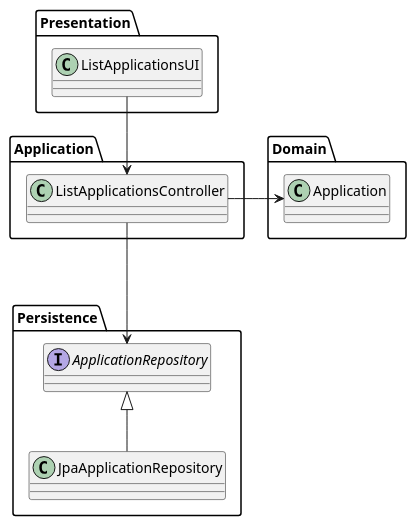
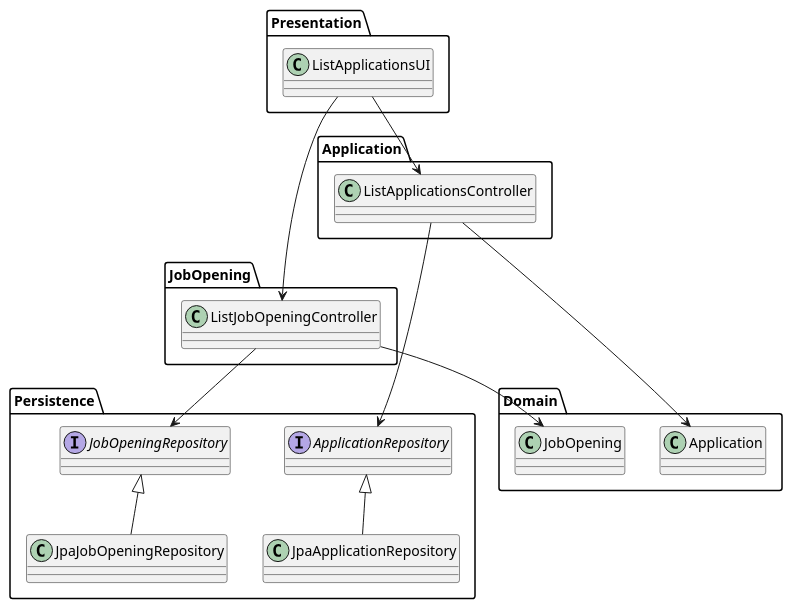
One commit to Goncalves2525/Jobs4U-Talent-Acquisition-Management-System changed the diagram in docs/Sprint B/us_1005/CD/class-diagram-01.puml. Above: the diagram before and after it, drawn with PlantUML. The commit also changed 3 other files, not shown here.

```diff
--- a/docs/Sprint B/us_1005/CD/class-diagram-01.puml
+++ b/docs/Sprint B/us_1005/CD/class-diagram-01.puml
@@ -1,26 +1,36 @@
 @startuml
 
 package Presentation {
     class ListApplicationsUI
 }
 
 package Application {
     class ListApplicationsController
 }
+package JobOpening {
+    class ListJobOpeningController
+}
 
 package Persistence {
     interface ApplicationRepository
+    interface JobOpeningRepository
     class JpaApplicationRepository
+    class JpaJobOpeningRepository
 }
 
 package Domain {
     class Application
+    class JobOpening
 }
 
 Presentation.ListApplicationsUI --> Application.ListApplicationsController
-Application.ListApplicationsController -> Domain.Application
+Presentation.ListApplicationsUI --> JobOpening.ListJobOpeningController
+Application.ListApplicationsController ---> Domain.Application
+JobOpening.ListJobOpeningController --> Domain.JobOpening
+
 Persistence.ApplicationRepository <|-- Persistence.JpaApplicationRepository
 Application.ListApplicationsController ---> Persistence.ApplicationRepository
-
+Persistence.JobOpeningRepository <|-- Persistence.JpaJobOpeningRepository
+JobOpening.ListJobOpeningController --> Persistence.JobOpeningRepository
 
 @enduml
```
